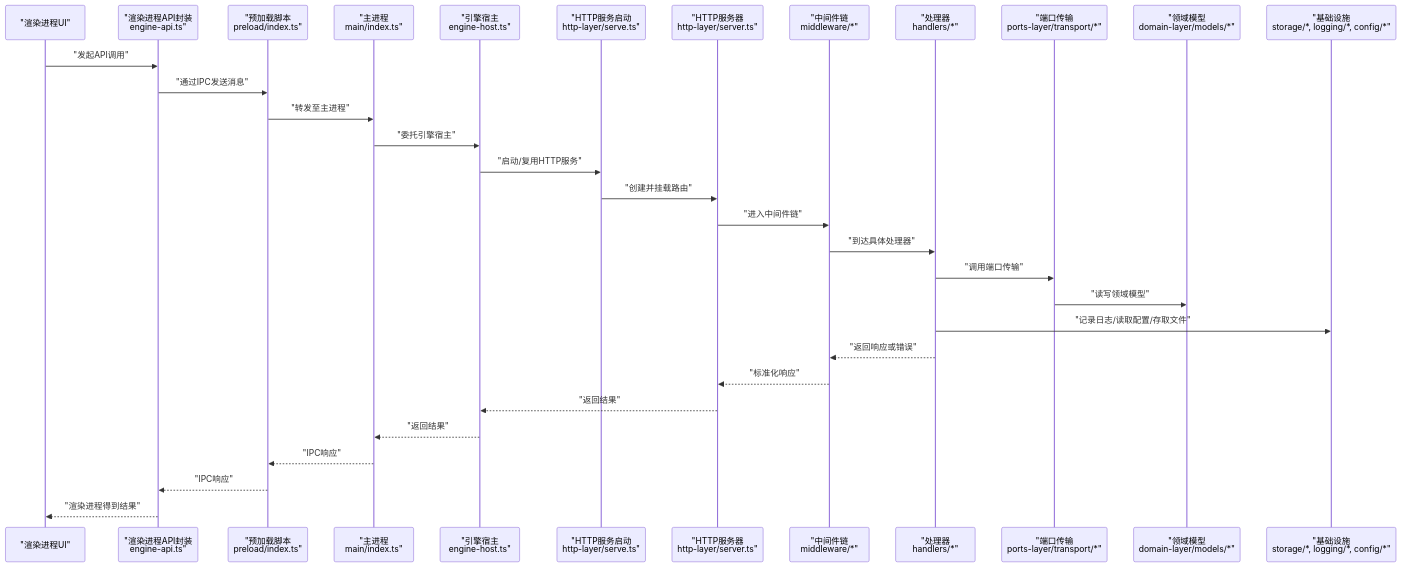
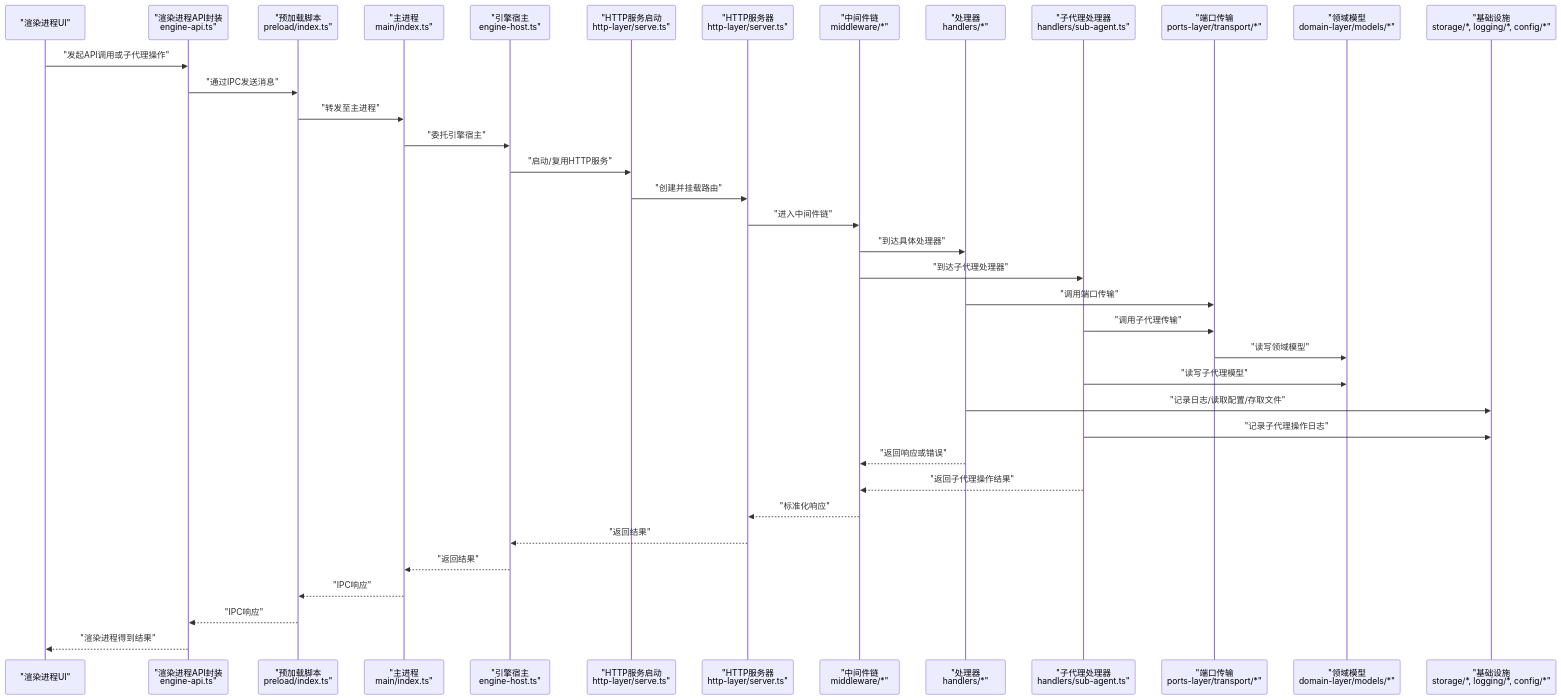
The second of 9 diagrams in .qoder/repowiki/zh/content/AI对话系统/引擎API集成.md (kkutysllb/KCoder), drawn with Mermaid before and after one commit. The commit also changed other lines of this file and 127 other files, not shown here.

````diff
--- a/.qoder/repowiki/zh/content/AI对话系统/引擎API集成.md
+++ b/.qoder/repowiki/zh/content/AI对话系统/引擎API集成.md
@@ -145,33 +136,39 @@
 ```mermaid
 sequenceDiagram
 participant UI as "渲染进程UI"
 participant API as "渲染进程API封装<br/>engine-api.ts"
 participant PL as "预加载脚本<br/>preload/index.ts"
 participant MP as "主进程<br/>main/index.ts"
 participant EH as "引擎宿主<br/>engine-host.ts"
 participant HS as "HTTP服务启动<br/>http-layer/serve.ts"
 participant SRV as "HTTP服务器<br/>http-layer/server.ts"
 participant MW as "中间件链<br/>middleware/*"
 participant H as "处理器<br/>handlers/*"
+participant SAH as "子代理处理器<br/>handlers/sub-agent.ts"
 participant PT as "端口传输<br/>ports-layer/transport/*"
 participant DOM as "领域模型<br/>domain-layer/models/*"
 participant INF as "基础设施<br/>storage/*, logging/*, config/*"
-UI->>API : "发起API调用"
+UI->>API : "发起API调用或子代理操作"
 API->>PL : "通过IPC发送消息"
 PL->>MP : "转发至主进程"
 MP->>EH : "委托引擎宿主"
 EH->>HS : "启动/复用HTTP服务"
 HS->>SRV : "创建并挂载路由"
 SRV->>MW : "进入中间件链"
 MW->>H : "到达具体处理器"
+MW->>SAH : "到达子代理处理器"
 H->>PT : "调用端口传输"
+SAH->>PT : "调用子代理传输"
 PT->>DOM : "读写领域模型"
+SAH->>DOM : "读写子代理模型"
 H->>INF : "记录日志/读取配置/存取文件"
+SAH->>INF : "记录子代理操作日志"
 H-->>MW : "返回响应或错误"
+SAH-->>MW : "返回子代理操作结果"
 MW-->>SRV : "标准化响应"
 SRV-->>EH : "返回结果"
 EH-->>MP : "返回结果"
 MP-->>PL : "IPC响应"
 PL-->>API : "IPC响应"
 API-->>UI : "渲染进程得到结果"
 ```
````
